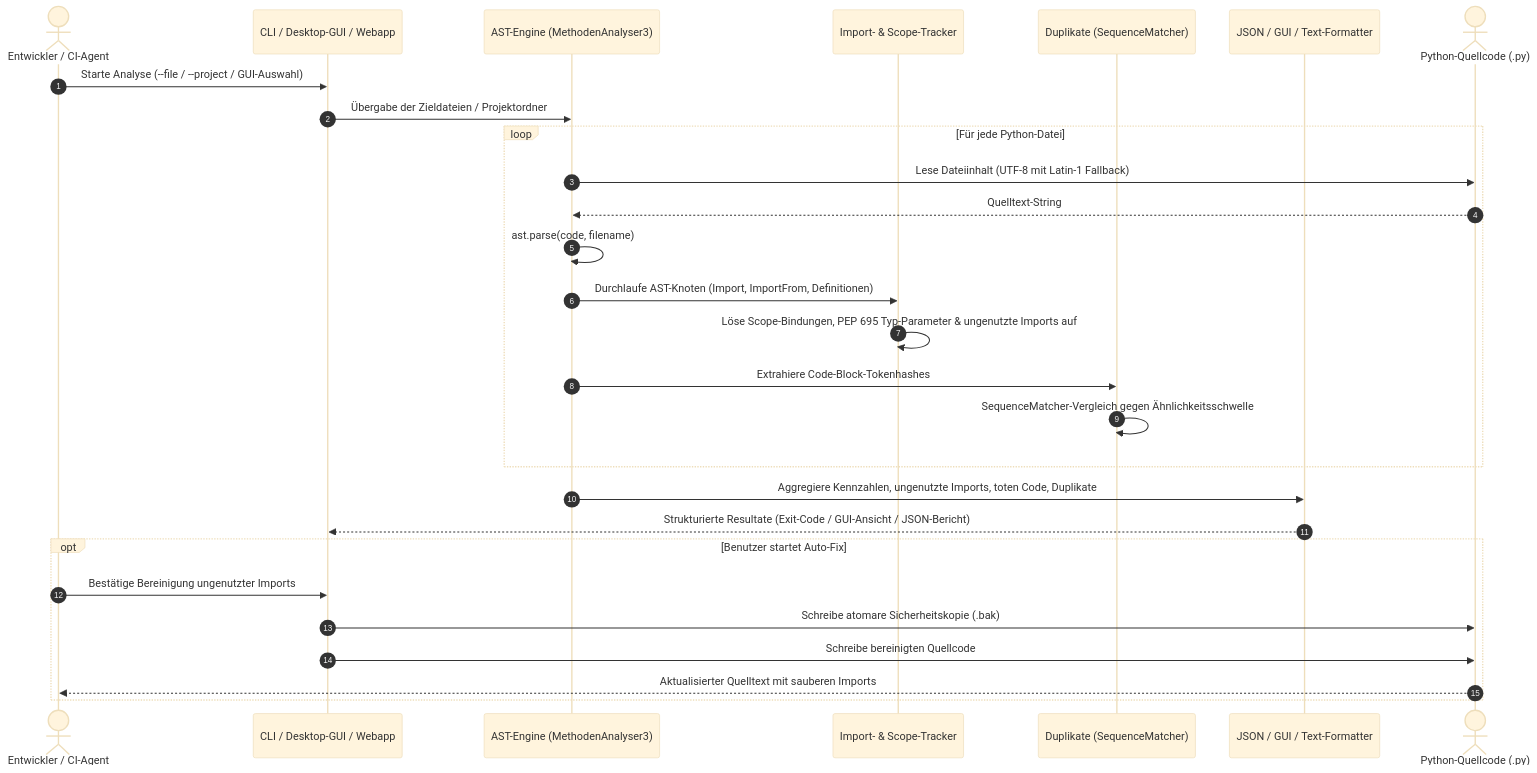
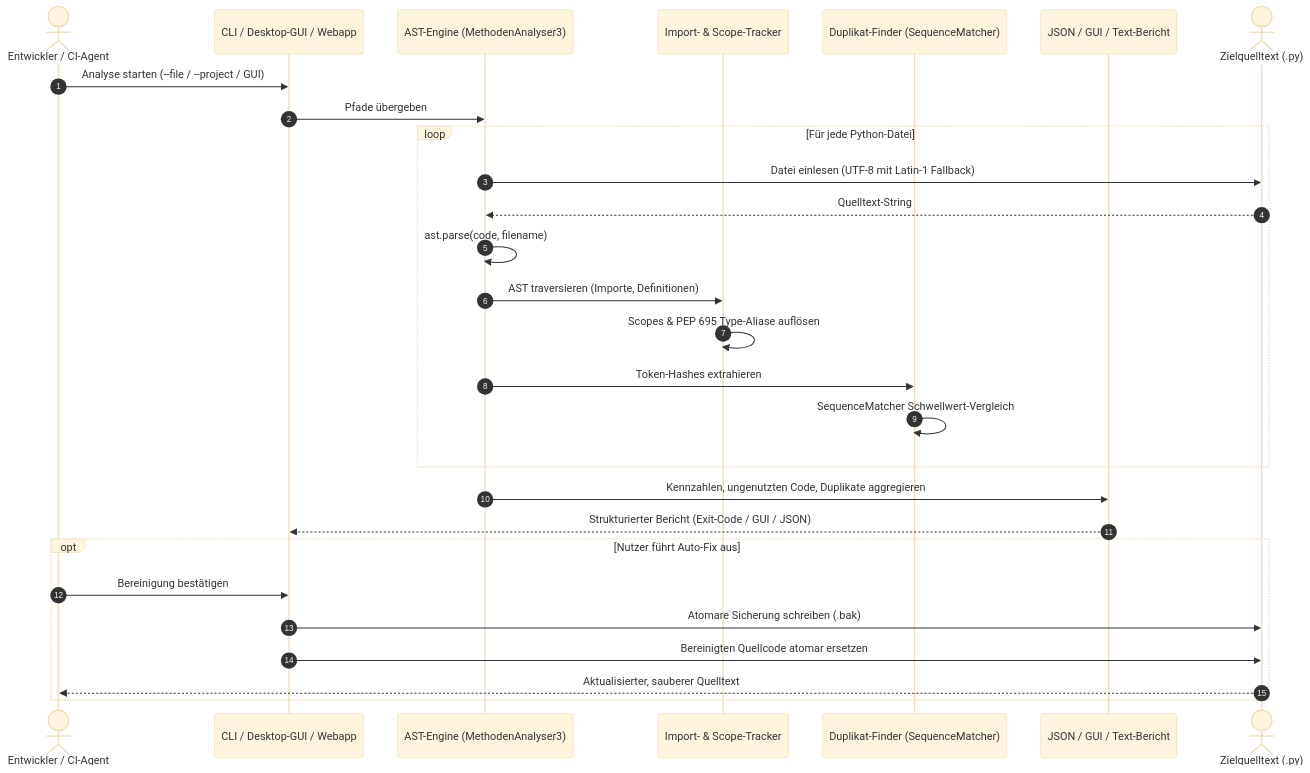
One commit to dev-bricks/MethodenAnalyser changed the second of 2 diagrams in README_de.md. Above: the diagram before and after it, drawn with Mermaid (base theme). The commit also changed other lines of this file and 9 other files, not shown here.

````diff
--- a/README_de.md
+++ b/README_de.md
@@ -130,31 +406,31 @@
 ```mermaid
 sequenceDiagram
     autonumber
     actor Developer as Entwickler / CI-Agent
     participant CLI as CLI / Desktop-GUI / Webapp
     participant Engine as AST-Engine (MethodenAnalyser3)
     participant Tracker as Import- & Scope-Tracker
-    participant Diff as Duplikate (SequenceMatcher)
-    participant Report as JSON / GUI / Text-Formatter
-    actor Target as Python-Quellcode (.py)
+    participant Diff as Duplikat-Finder (SequenceMatcher)
+    participant Report as JSON / GUI / Text-Bericht
+    actor Target as Zielquelltext (.py)
 
-    Developer->>CLI: Starte Analyse (--file / --project / GUI-Auswahl)
-    CLI->>Engine: Übergabe der Zieldateien / Projektordner
+    Developer->>CLI: Analyse starten (--file / --project / GUI)
+    CLI->>Engine: Pfade übergeben
     loop Für jede Python-Datei
-        Engine->>Target: Lese Dateiinhalt (UTF-8 mit Latin-1 Fallback)
+        Engine->>Target: Datei einlesen (UTF-8 mit Latin-1 Fallback)
         Target-->>Engine: Quelltext-String
         Engine->>Engine: ast.parse(code, filename)
-        Engine->>Tracker: Durchlaufe AST-Knoten (Import, ImportFrom, Definitionen)
-        Tracker->>Tracker: Löse Scope-Bindungen, PEP 695 Typ-Parameter & ungenutzte Imports auf
-        Engine->>Diff: Extrahiere Code-Block-Tokenhashes
-        Diff->>Diff: SequenceMatcher-Vergleich gegen Ähnlichkeitsschwelle
+        Engine->>Tracker: AST traversieren (Importe, Definitionen)
+        Tracker->>Tracker: Scopes & PEP 695 Type-Aliase auflösen
+        Engine->>Diff: Token-Hashes extrahieren
+        Diff->>Diff: SequenceMatcher Schwellwert-Vergleich
     end
-    Engine->>Report: Aggregiere Kennzahlen, ungenutzte Imports, toten Code, Duplikate
-    Report-->>CLI: Strukturierte Resultate (Exit-Code / GUI-Ansicht / JSON-Bericht)
-    opt Benutzer startet Auto-Fix
-        Developer->>CLI: Bestätige Bereinigung ungenutzter Imports
-        CLI->>Target: Schreibe atomare Sicherheitskopie (.bak)
-        CLI->>Target: Schreibe bereinigten Quellcode
-        Target-->>Developer: Aktualisierter Quelltext mit sauberen Imports
+    Engine->>Report: Kennzahlen, ungenutzten Code, Duplikate aggregieren
+    Report-->>CLI: Strukturierter Bericht (Exit-Code / GUI / JSON)
+    opt Nutzer führt Auto-Fix aus
+        Developer->>CLI: Bereinigung bestätigen
+        CLI->>Target: Atomare Sicherung schreiben (.bak)
+        CLI->>Target: Bereinigten Quellcode atomar ersetzen
+        Target-->>Developer: Aktualisierter, sauberer Quelltext
     end
 ```
````
